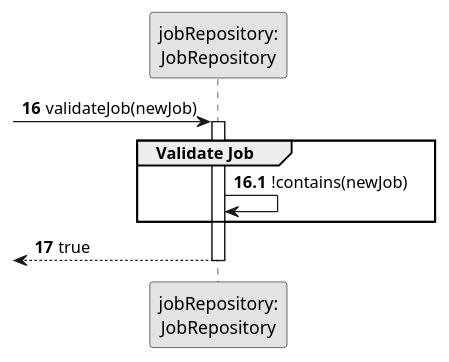
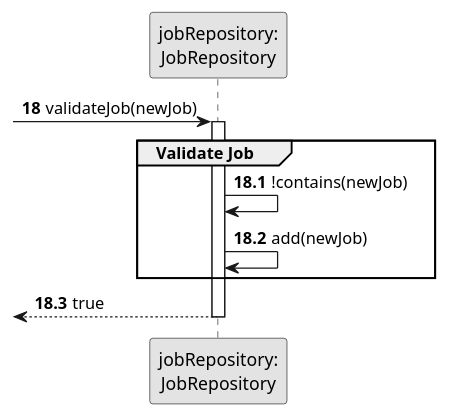
Before and after one commit to Paulo-Pereira-at-ISEP/lei-24-s2-1nanb-g321: the diagram in docs/sprintB/us02/03.design/puml/us02-sequence-diagram-partial-validate-job.puml, drawn with PlantUML. The commit also changed 5 other files, not shown here.

Commit message:
LGGPM-117 - US02 - Design - Sequence diagram update(full, validateJob, getEmployee)

```diff
--- a/docs/sprintB/us02/03.design/puml/us02-sequence-diagram-partial-validate-job.puml
+++ b/docs/sprintB/us02/03.design/puml/us02-sequence-diagram-partial-validate-job.puml
@@ -1,26 +1,27 @@
 @startuml
 skinparam monochrome true
 skinparam packageStyle rectangle
 skinparam shadowing false
 
 participant "jobRepository:\nJobRepository" as JOB_REPO_INSTANCE
 
 
 
-autonumber 16
+autonumber 18
 -> JOB_REPO_INSTANCE : validateJob(newJob)
 
-autonumber 16.1
+autonumber 18.1
 activate JOB_REPO_INSTANCE
     group Validate Job
 
         JOB_REPO_INSTANCE -> JOB_REPO_INSTANCE: !contains(newJob)
 
+        JOB_REPO_INSTANCE -> JOB_REPO_INSTANCE: add(newJob)
+
     end
 
-    autonumber 17
     <-- JOB_REPO_INSTANCE : true
 deactivate JOB_REPO_INSTANCE
 
 
 @enduml
```
